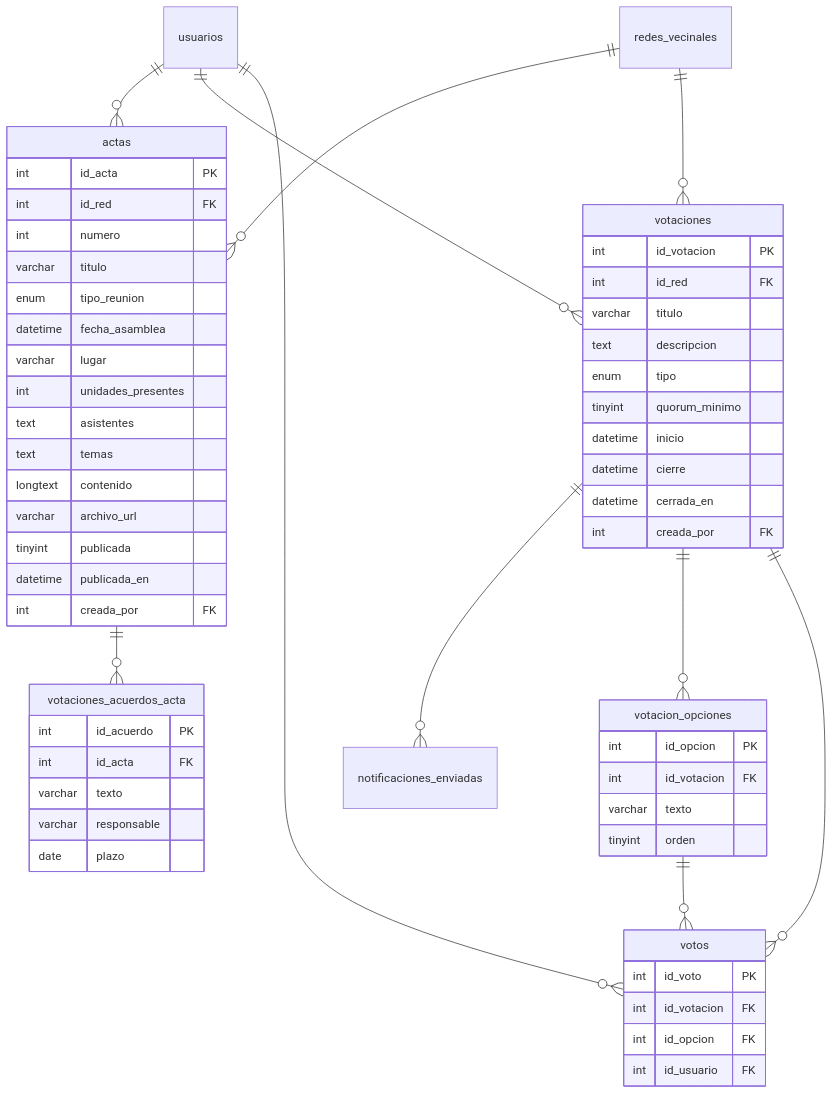
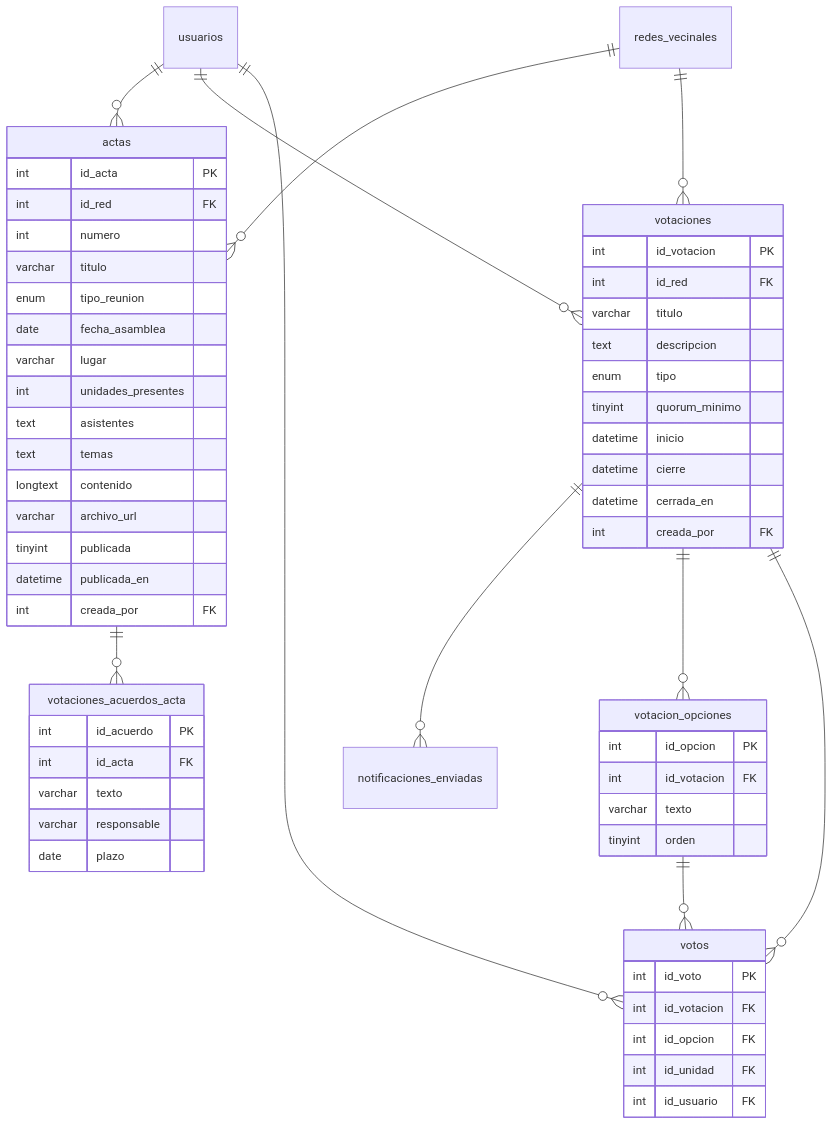
Before and after one commit to JonasMateosValenzuelaLopez/ProyectoTesis: the fourth of 6 diagrams in FASE-2/Evidencias-Proyecto/Documentación/07-modelo-datos.md, drawn with Mermaid. The commit also changed other lines of this file and 40 other files, not shown here.

````diff
--- a/FASE-2/Evidencias-Proyecto/Documentación/07-modelo-datos.md
+++ b/FASE-2/Evidencias-Proyecto/Documentación/07-modelo-datos.md
@@ -363,61 +366,62 @@
 ```mermaid
 erDiagram
     usuarios ||--o{ actas : ""
     redes_vecinales ||--o{ actas : ""
     votaciones ||--o{ notificaciones_enviadas : ""
     usuarios ||--o{ votaciones : ""
     redes_vecinales ||--o{ votaciones : ""
     actas ||--o{ votaciones_acuerdos_acta : ""
     votaciones ||--o{ votacion_opciones : ""
     votaciones ||--o{ votos : ""
     votacion_opciones ||--o{ votos : ""
     usuarios ||--o{ votos : ""
     actas {
         int id_acta PK
         int id_red FK
         int numero
         varchar titulo
         enum tipo_reunion
-        datetime fecha_asamblea
+        date fecha_asamblea
         varchar lugar
         int unidades_presentes
         text asistentes
         text temas
         longtext contenido
         varchar archivo_url
         tinyint publicada
         datetime publicada_en
         int creada_por FK
     }
     votaciones_acuerdos_acta {
         int id_acuerdo PK
         int id_acta FK
         varchar texto
         varchar responsable
         date plazo
     }
     votaciones {
         int id_votacion PK
         int id_red FK
         varchar titulo
         text descripcion
         enum tipo
         tinyint quorum_minimo
         datetime inicio
         datetime cierre
         datetime cerrada_en
         int creada_por FK
     }
     votacion_opciones {
         int id_opcion PK
         int id_votacion FK
         varchar texto
         tinyint orden
     }
     votos {
         int id_voto PK
         int id_votacion FK
         int id_opcion FK
+        int id_unidad FK
         int id_usuario FK
     }
 ```
````
